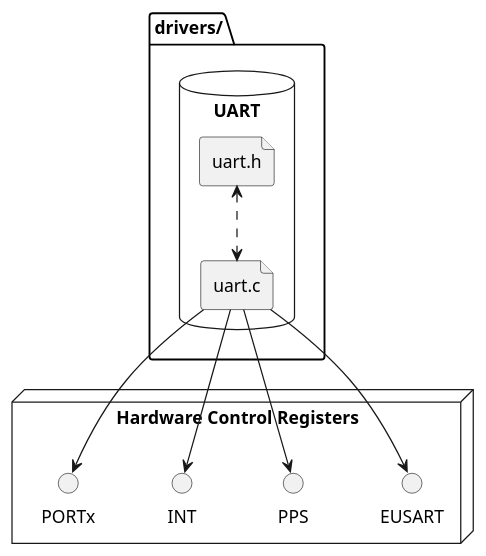
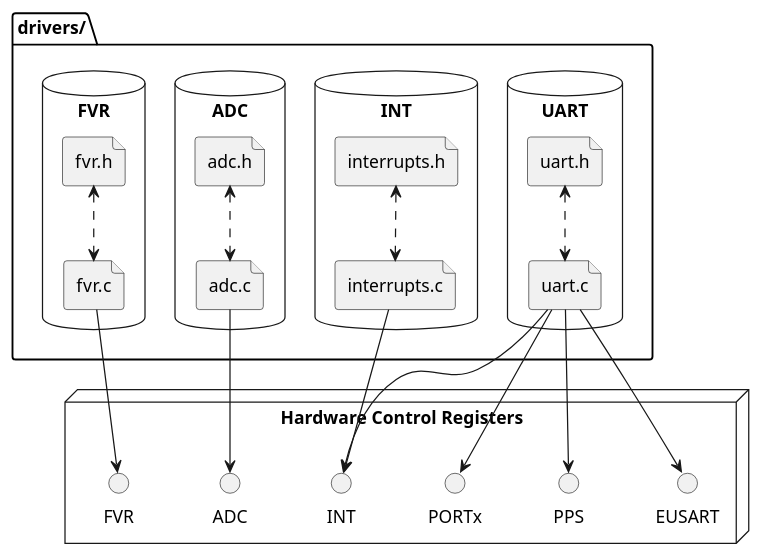
Before and after one commit to Rex--/powerpic: the diagram in firmware/docs/diagrams/driver.puml, drawn with PlantUML. The commit also changed 36 other files, not shown here.

```diff
--- a/firmware/docs/diagrams/driver.puml
+++ b/firmware/docs/diagrams/driver.puml
@@ -1,83 +1,54 @@
 @startuml driver-components
 skinparam componentStyle rectangle
 
 ' These are our low-level hardware driver components.
 ' They communicate directly with the hardware control registers.
 folder "drivers/" as devicedrivers {
-    ' database "LCD" as lcddriver {
-    '     file lcd.h
-    '     file lcd.c
-    '     lcd.h <..> lcd.c
-    ' }
-
-    ' database "GPIO" as gpiodriver {
-    '     file gpio.h
-    '     file gpio.c
-    '     gpio.h <..> gpio.c
-    ' }
-
-    ' database "IOC" as iocdriver {
-    '     file ioc.h 
-    '     file ioc.c
-    '     ioc.h <..> ioc.c
-    ' }
-
-    ' database "PWM" as pwmdriver {
-    '     file pwm.h
-    '     file pwm.c
-    '     pwm.h <..> pwm.c
-    ' }
-
-    ' database "ADC" as adcdriver {
-    '     file adc.h
-    '     file adc.c
-    '     adc.h <..> adc.c
-    ' }
-
-    ' database "RTCC" as rtccdriver {
-    '     file rtcc.h
-    '     file rtcc.c
-    '     rtcc.h <..> rtcc.c
-    ' }
-
     database "UART" as uartdriver {
         file uart.h
         file uart.c
         uart.h <..> uart.c
     }
 
-    ' database "INTManager" as intdriver {
-    '     file interrupts.h
-    '     file interrupts.c
-    '     interrupts.h <..> interrupts.c
-    ' }
+    database "INT" as intdriver {
+        file interrupts.h
+        file interrupts.c
+        interrupts.h <..> interrupts.c
+    }
+
+    database "ADC" as adcdriver {
+        file adc.h
+        file adc.c
+        adc.h <..> adc.c
+    }
+
+    database "FVR" as fvrdriver {
+        file fvr.h
+        file fvr.c
+        fvr.h <..> fvr.c
+    }
 }
 
 ' These represent the control registers on the PIC
 node "Hardware Control Registers" {
     () EUSART
     () PPS
     () INT
     () PORTx
+    () FVR
+    () ADC
 }
 
 ' Relationship between the device drivers and the hardware control registers.
-' lcd.c --> LCD
-' lcd.c --> INT
-' ioc.c --> IOC
-' ioc.c --> PORTx
-' ioc.c --> INT
-' gpio.c --> PORTx
-' pwm.c --> PORTx
-' pwm.c --> PWM
-' pwm.c --> PPS
-' adc.c --> ADC
-' adc.c --> INT
-' adc.c --> PORTx
-' rtcc.c --> rtcc
 uart.c --> PORTx
 uart.c --> PPS
 uart.c --> EUSART
 uart.c --> INT
 
+interrupts.c --> INT
+
+fvr.c --> FVR
+
+adc.c --> ADC
+
 @enduml
```
